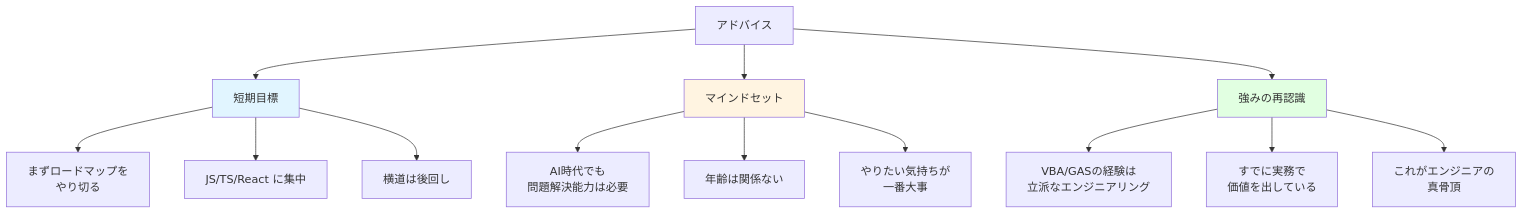
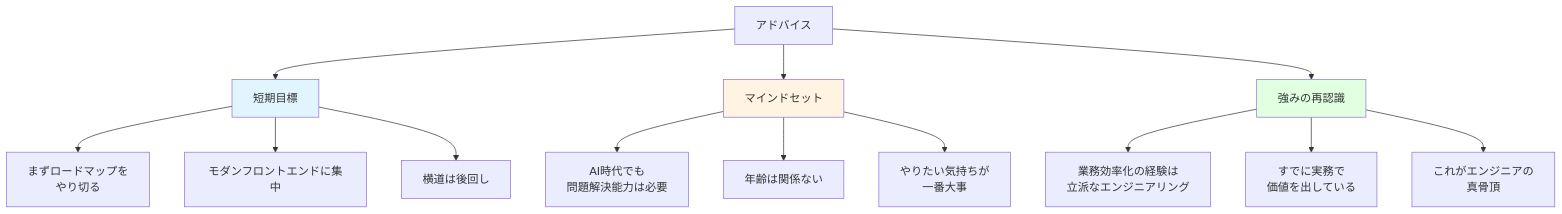
The third of 8 diagrams in articles/2025-1219-engineer-meet-up.md (glaciermelt00/zenn-content), drawn with Mermaid before and after one commit. The commit also changed other lines of this file, not shown here.

````diff
--- a/articles/2025-1219-engineer-meet-up.md
+++ b/articles/2025-1219-engineer-meet-up.md
@@ -113,22 +113,22 @@
 ```mermaid
 graph TD
     A[アドバイス] --> B[短期目標]
     A --> C[マインドセット]
     A --> D[強みの再認識]
 
     B --> B1[まずロードマップを<br/>やり切る]
-    B --> B2[JS/TS/React に集中]
+    B --> B2[モダンフロントエンドに集中]
     B --> B3[横道は後回し]
 
     C --> C1[AI時代でも<br/>問題解決能力は必要]
     C --> C2[年齢は関係ない]
     C --> C3[やりたい気持ちが<br/>一番大事]
 
-    D --> D1[VBA/GASの経験は<br/>立派なエンジニアリング]
+    D --> D1[業務効率化の経験は<br/>立派なエンジニアリング]
     D --> D2[すでに実務で<br/>価値を出している]
     D --> D3[これがエンジニアの<br/>真骨頂]
 
     style B fill:#e1f5ff
     style C fill:#fff4e1
     style D fill:#e1ffe1
 ```
````
